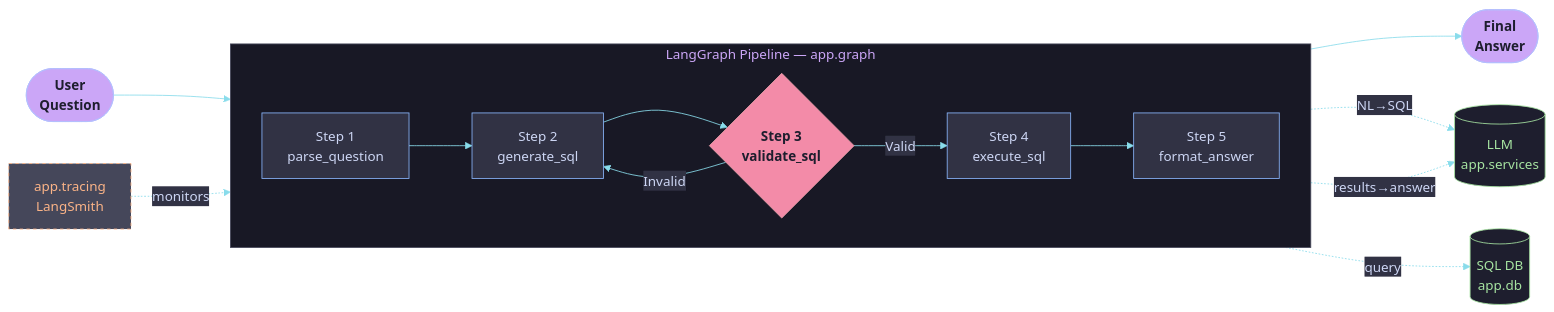
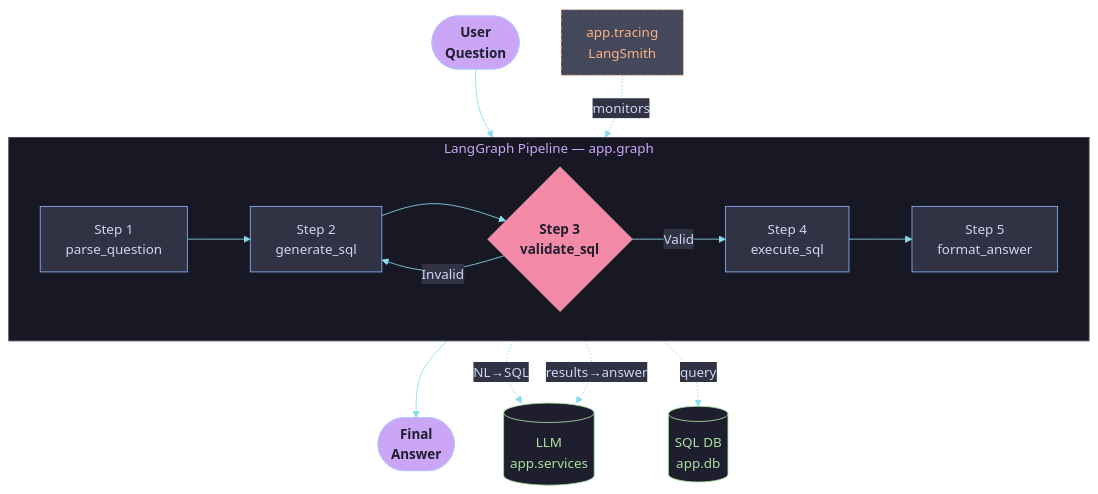
Before and after one commit to amkudr/genpact: the diagram in README.md, drawn with Mermaid.

Commit message:
docs: update Mermaid flowchart layout and node connections in README

````diff
--- a/README.md
+++ b/README.md
@@ -9,47 +9,48 @@
 ```mermaid
 %%{init: {
   "theme": "base",
   "themeVariables": {
     "primaryColor": "#1e1e2e",
     "primaryTextColor": "#cdd6f4",
     "primaryBorderColor": "#89b4fa",
     "lineColor": "#89dceb",
     "secondaryColor": "#181825",
     "tertiaryColor": "#313244",
     "edgeLabelBackground": "#313244",
     "clusterBkg": "#181825",
     "clusterBorder": "#45475a",
     "titleColor": "#cba6f7",
     "fontFamily": "Inter, ui-sans-serif, system-ui"
   }
 }}%%
-flowchart LR
-    User(["User\nQuestion"]):::io --> N1
+flowchart TB
+    User(["User\nQuestion"]):::io
 
     subgraph Pipeline ["LangGraph Pipeline — app.graph"]
         direction LR
         N1["Step 1\nparse_question"]:::node -->
         N2["Step 2\ngenerate_sql"]:::node -->
         N3{"Step 3\nvalidate_sql"}:::decision
         N3 -->|"Valid"| N4["Step 4\nexecute_sql"]:::node -->
         N5["Step 5\nformat_answer"]:::node
         N3 -->|"Invalid"| N2
     end
 
-    N5 --> Answer(["Final\nAnswer"]):::io
-
+    Answer(["Final\nAnswer"]):::io
     LLM[("LLM\napp.services")]:::external
     DB[("SQL DB\napp.db")]:::external
     Tracing["app.tracing\nLangSmith"]:::tracing
 
+    User --> N1
+    N5 --> Answer
     N2 -. "NL→SQL" .-> LLM
     N5 -. "results→answer" .-> LLM
     N4 -. "query" .-> DB
     Tracing -. "monitors" .-> Pipeline
 
     classDef io        fill:#cba6f7,stroke:#b4befe,color:#1e1e2e,font-weight:bold
     classDef node      fill:#313244,stroke:#89b4fa,color:#cdd6f4
     classDef decision  fill:#f38ba8,stroke:#eba0ac,color:#1e1e2e,font-weight:bold
     classDef external  fill:#1e1e2e,stroke:#a6e3a1,color:#a6e3a1
     classDef tracing   fill:#45475a,stroke:#fab387,color:#fab387,stroke-dasharray:4
 ```
````
